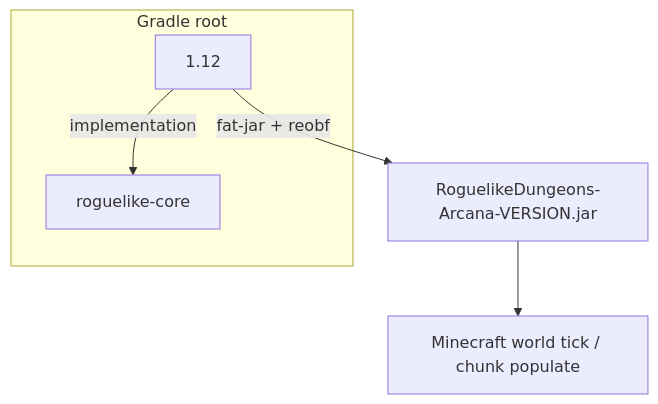
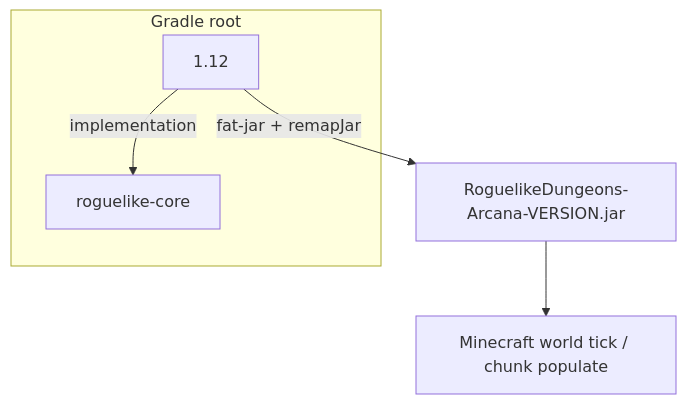
One commit to Apocollis/minecraft-roguelike changed the second of 4 diagrams in docs/architecture.md. Above: the diagram before and after it, drawn with Mermaid. The commit also changed other lines of this file and 46 other files, not shown here.

````diff
--- a/docs/architecture.md
+++ b/docs/architecture.md
@@ -37,12 +37,12 @@
 ```mermaid
 flowchart TB
   subgraph gradle [Gradle root]
     Core[roguelike-core]
     M12[1.12]
     M12 -->|implementation| Core
   end
   Jar[RoguelikeDungeons-Arcana-VERSION.jar]
-  M12 -->|fat-jar + reobf| Jar
+  M12 -->|fat-jar + remapJar| Jar
   World[Minecraft world tick / chunk populate]
   Jar --> World
 ```
````
